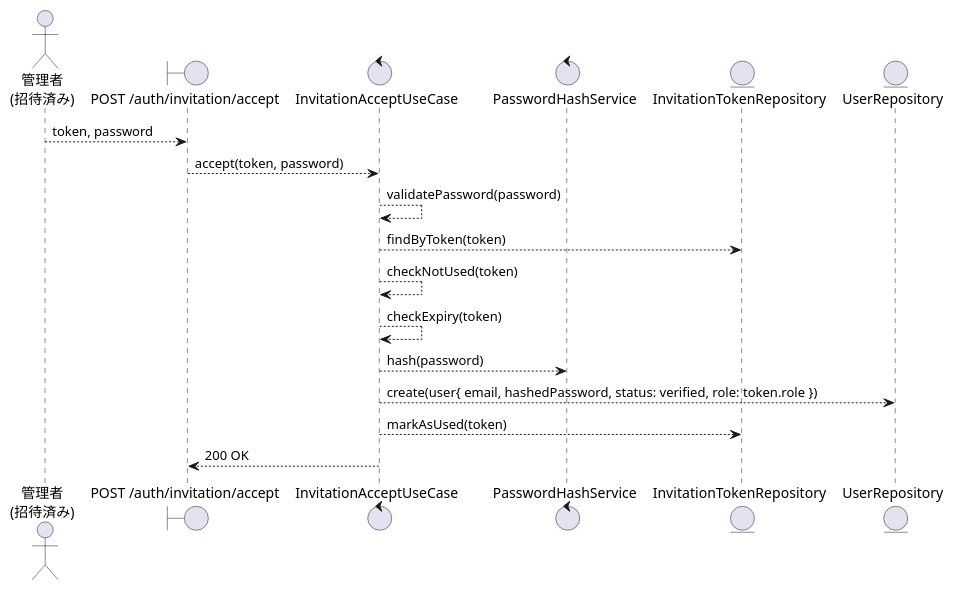
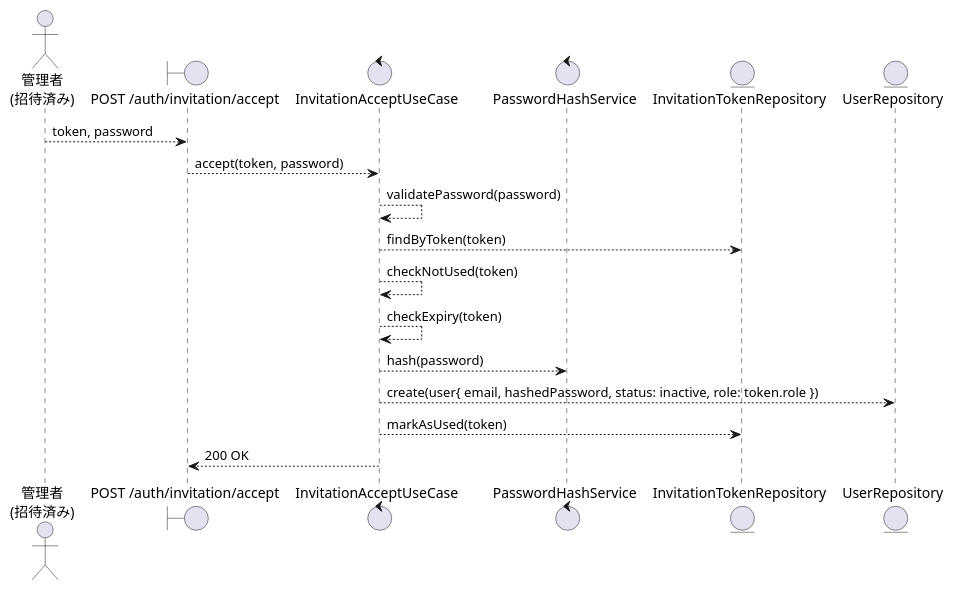
Before and after one commit to suunet/POC_HYDRA_AUTH: the first of 2 diagrams in .docs/design/buc/BUC-A02.md, drawn with PlantUML. The commit also changed other lines of this file and 2 other files, not shown here.

Commit message:
docs(T-011): cycle 2 - BUC群のstatus値をSTM-01英語IDへ是正（6行）

````diff
--- a/.docs/design/buc/BUC-A02.md
+++ b/.docs/design/buc/BUC-A02.md
@@ -83,29 +83,29 @@
 ```plantuml
 @startuml
 skinparam componentStyle rectangle
 skinparam backgroundColor White
 
 actor "管理者\n(招待済み)" as 管理者
 
 boundary "POST /auth/invitation/accept" as 招待受付API
 control "InvitationAcceptUseCase" as ユースケース
 control "PasswordHashService" as ハッシュ化
 entity "InvitationTokenRepository" as 招待トークンRepo
 entity "UserRepository" as ユーザーRepo
 
 管理者 --> 招待受付API : token, password
 
 招待受付API --> ユースケース : accept(token, password)
 
 ユースケース --> ユースケース : validatePassword(password)
 ユースケース --> 招待トークンRepo : findByToken(token)
 ユースケース --> ユースケース : checkNotUsed(token)
 ユースケース --> ユースケース : checkExpiry(token)
 ユースケース --> ハッシュ化 : hash(password)
-ユースケース --> ユーザーRepo : create(user{ email, hashedPassword, status: verified, role: token.role })
+ユースケース --> ユーザーRepo : create(user{ email, hashedPassword, status: inactive, role: token.role })
 ユースケース --> 招待トークンRepo : markAsUsed(token)
 
 招待受付API <-- ユースケース : 200 OK
 
 @enduml
 ```
````
